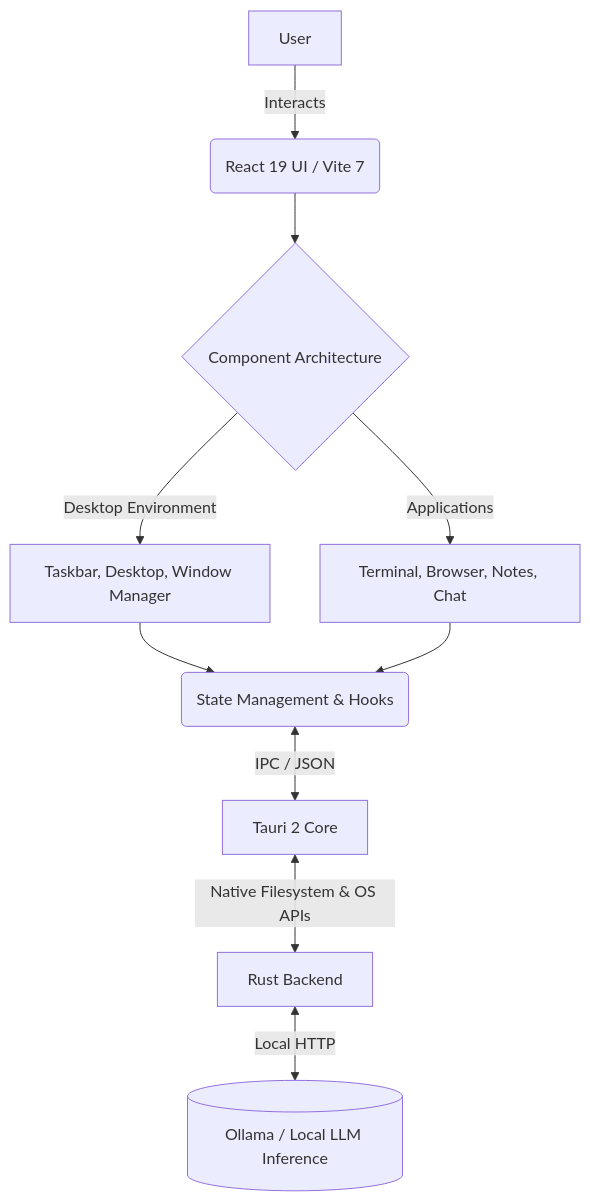
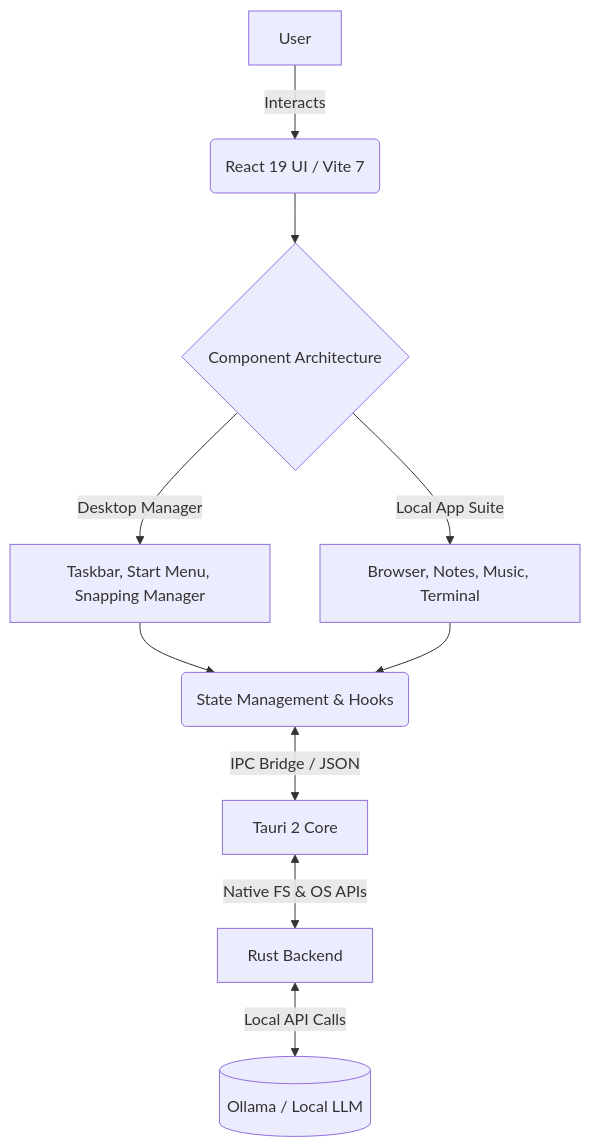
Before and after one commit to JanSteve/ARGUS: the diagram in ARTICLE.md, drawn with Mermaid. The commit also changed other lines of this file and 4 other files, not shown here.

````diff
--- a/ARTICLE.md
+++ b/ARTICLE.md
@@ -37,12 +43,12 @@
 ```mermaid
 graph TD
     A[User] -->|Interacts| B(React 19 UI / Vite 7)
     B --> C{Component Architecture}
-    C -->|Desktop Environment| D[Taskbar, Desktop, Window Manager]
-    C -->|Applications| E[Terminal, Browser, Notes, Chat]
+    C -->|Desktop Manager| D[Taskbar, Start Menu, Snapping Manager]
+    C -->|Local App Suite| E[Browser, Notes, Music, Terminal]
     D --> F(State Management & Hooks)
     E --> F
-    F <-->|IPC / JSON| G[Tauri 2 Core]
-    G <-->|Native Filesystem & OS APIs| H[Rust Backend]
-    H <-->|Local HTTP| I[(Ollama / Local LLM Inference)]
+    F <-->|IPC Bridge / JSON| G[Tauri 2 Core]
+    G <-->|Native FS & OS APIs| H[Rust Backend]
+    H <-->|Local API Calls| I[(Ollama / Local LLM)]
 ```
````
